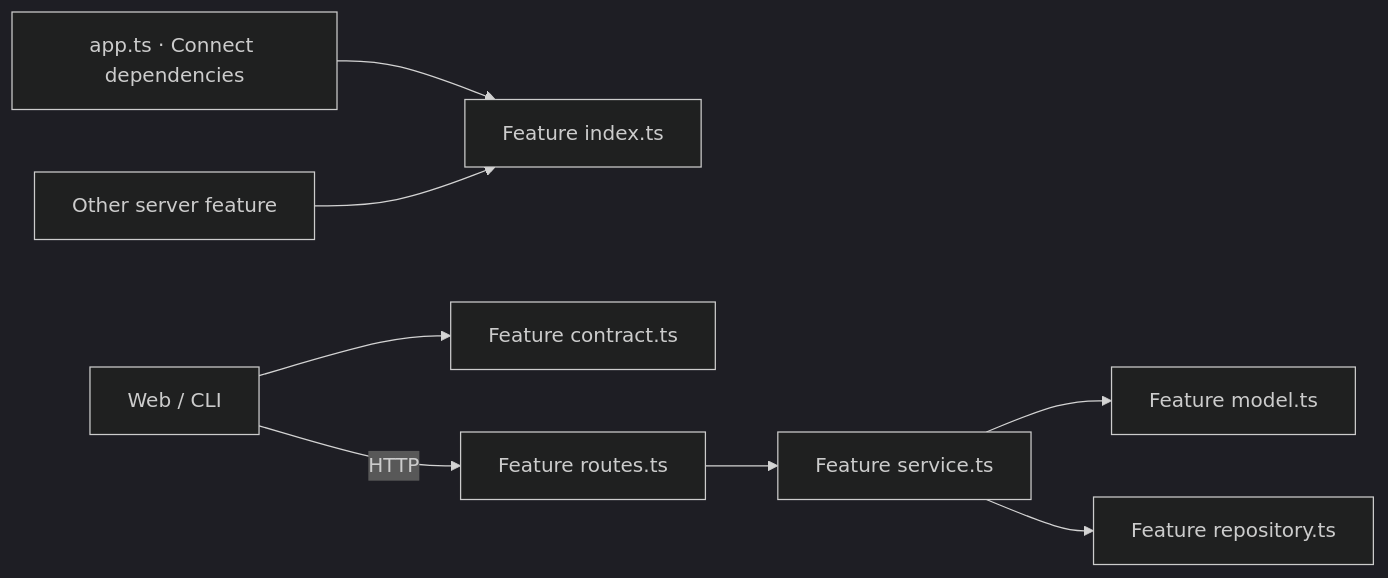
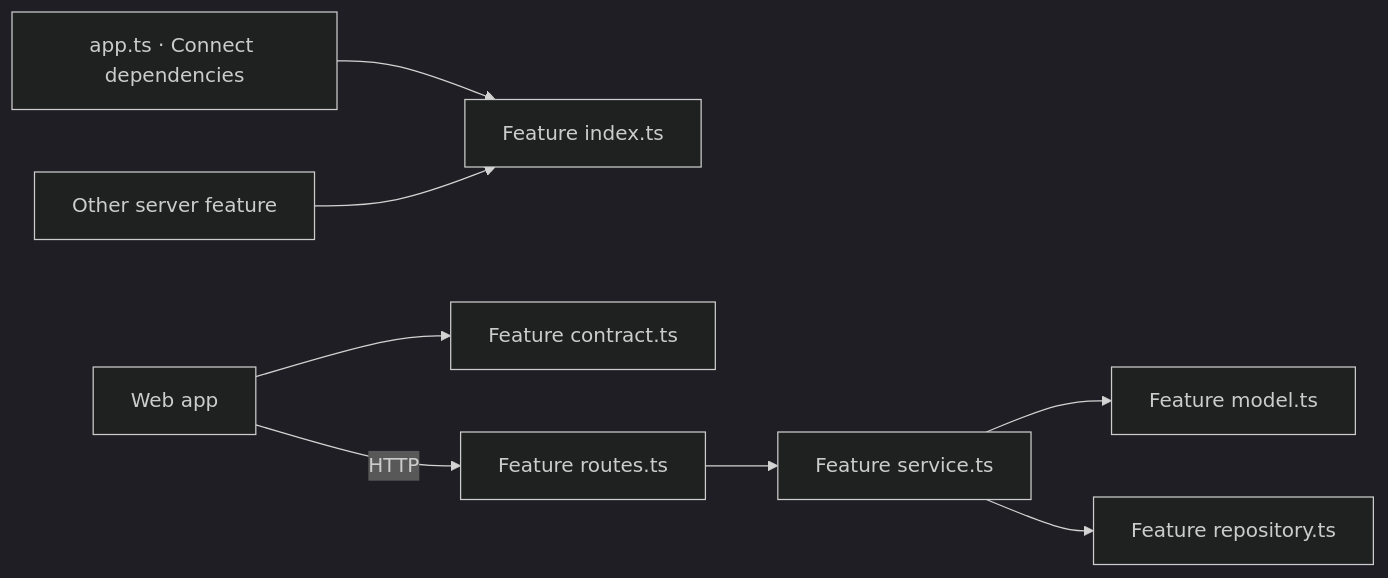
One commit to davidhariri/clef changed the second of 3 diagrams in ARCHITECTURE.md. Above: the diagram before and after it, drawn with Mermaid (dark theme). The commit also changed other lines of this file and 14 other files, not shown here.

Commit message:
Remove terminal client in favor of web chat

````diff
--- a/ARCHITECTURE.md
+++ b/ARCHITECTURE.md
@@ -77,10 +76,10 @@
 ```mermaid
 flowchart LR
     app["app.ts · Connect dependencies"] --> entry["Feature index.ts"]
-    client["Web / CLI"] --> contract["Feature contract.ts"]
+    client["Web app"] --> contract["Feature contract.ts"]
     client -->|HTTP| routes["Feature routes.ts"]
     routes --> service["Feature service.ts"]
     service --> model["Feature model.ts"]
     service --> repository["Feature repository.ts"]
     other["Other server feature"] --> entry
 ```
````
